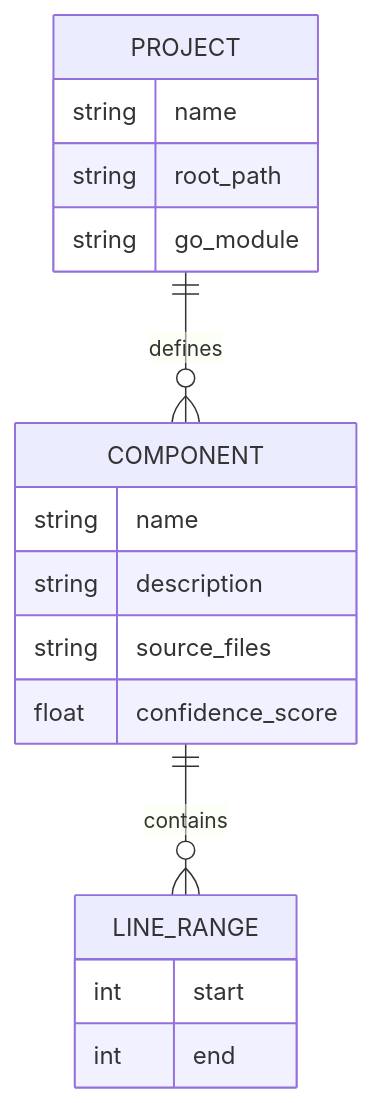
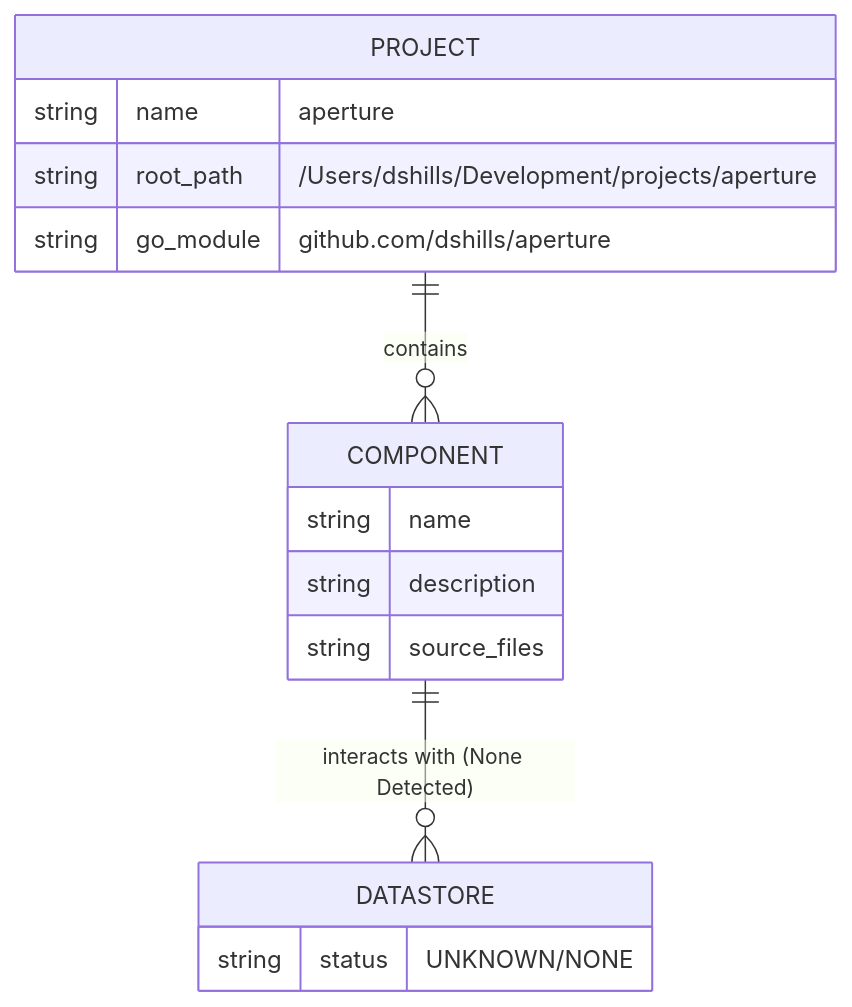
Before and after one commit to dshills/aperture: the diagram in docs/diagrams/data-model.mmd, drawn with Mermaid. The commit also changed 9 other files, not shown here.

```diff
--- a/docs/diagrams/data-model.mmd
+++ b/docs/diagrams/data-model.mmd
@@ -1,19 +1,19 @@
 erDiagram
-    PROJECT ||--o{ COMPONENT : defines
+    PROJECT ||--o{ COMPONENT : contains
+    COMPONENT ||--o{ DATASTORE : "interacts with (None Detected)"
+
     PROJECT {
-        string name
-        string root_path
-        string go_module
+        string name "aperture"
+        string root_path "/Users/dshills/Development/projects/aperture"
+        string go_module "github.com/dshills/aperture"
     }
+
     COMPONENT {
         string name
         string description
         string source_files
-        float confidence_score
     }
-    
-    COMPONENT ||--o{ LINE_RANGE : contains
-    LINE_RANGE {
-        int start
-        int end
+
+    DATASTORE {
+        string status "UNKNOWN/NONE"
     }
```
